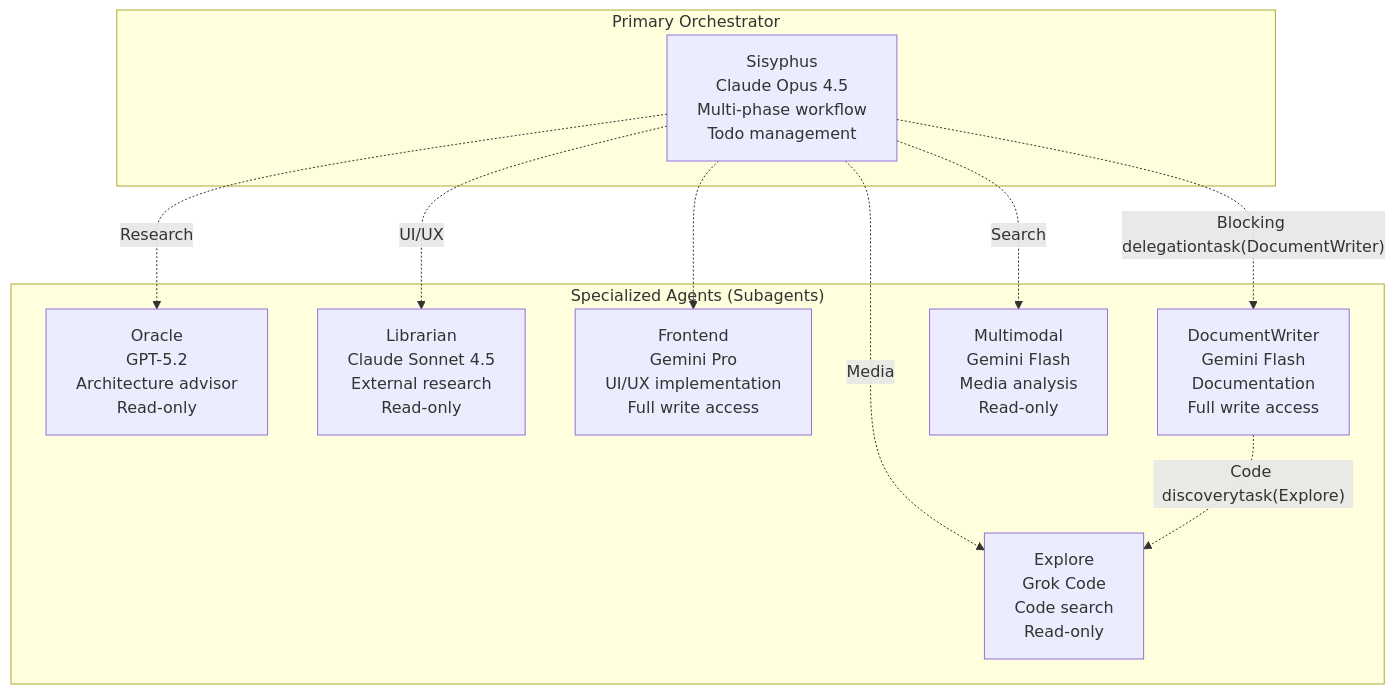
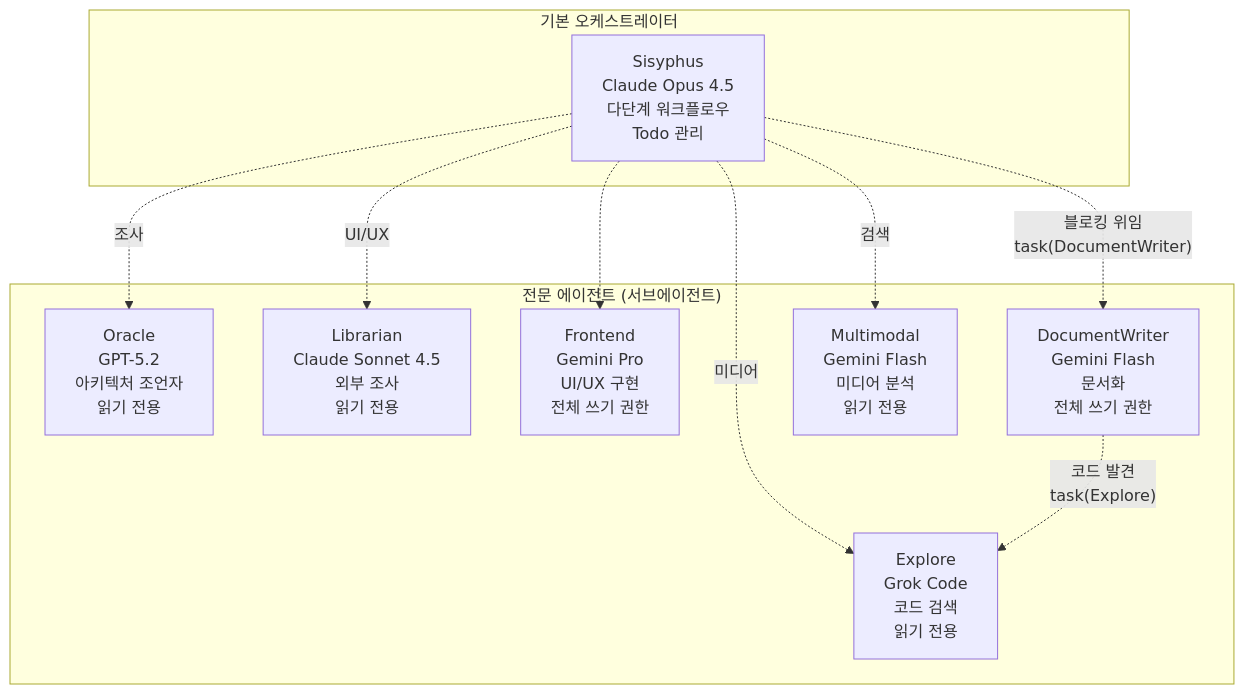
Before and after one commit to felipetruman/oh-my-opencode-docs: the eighth of 8 diagrams in docs/agents/document-writer.md, drawn with Mermaid. The commit also changed other lines of this file and 76 other files, not shown here.

````diff
--- a/docs/agents/document-writer.md
+++ b/docs/agents/document-writer.md
@@ -546,32 +546,32 @@
 ```mermaid
 flowchart TD
 
-Sisyphus["Sisyphus<br>Claude Opus 4.5<br>Multi-phase workflow<br>Todo management"]
-Oracle["Oracle<br>GPT-5.2<br>Architecture advisor<br>Read-only"]
-Librarian["Librarian<br>Claude Sonnet 4.5<br>External research<br>Read-only"]
-Explore["Explore<br>Grok Code<br>Code search<br>Read-only"]
-Frontend["Frontend<br>Gemini Pro<br>UI/UX implementation<br>Full write access"]
-DocWriter["DocumentWriter<br>Gemini Flash<br>Documentation<br>Full write access"]
-Multimodal["Multimodal<br>Gemini Flash<br>Media analysis<br>Read-only"]
+Sisyphus["Sisyphus<br>Claude Opus 4.5<br>다단계 워크플로우<br>Todo 관리"]
+Oracle["Oracle<br>GPT-5.2<br>아키텍처 조언자<br>읽기 전용"]
+Librarian["Librarian<br>Claude Sonnet 4.5<br>외부 조사<br>읽기 전용"]
+Explore["Explore<br>Grok Code<br>코드 검색<br>읽기 전용"]
+Frontend["Frontend<br>Gemini Pro<br>UI/UX 구현<br>전체 쓰기 권한"]
+DocWriter["DocumentWriter<br>Gemini Flash<br>문서화<br>전체 쓰기 권한"]
+Multimodal["Multimodal<br>Gemini Flash<br>미디어 분석<br>읽기 전용"]
 
-Sisyphus -.->|"Blocking delegationtask(DocumentWriter)"| DocWriter
-Sisyphus -.->|"Research"| Oracle
+Sisyphus -.->|"블로킹 위임<br>task(DocumentWriter)"| DocWriter
+Sisyphus -.->|"조사"| Oracle
 Sisyphus -.->|"UI/UX"| Librarian
-Sisyphus -.->|"Media"| Explore
+Sisyphus -.->|"미디어"| Explore
 Sisyphus -.-> Frontend
-Sisyphus -.->|"Search"| Multimodal
+Sisyphus -.->|"검색"| Multimodal
 
-subgraph Specialists ["Specialized Agents (Subagents)"]
+subgraph Specialists ["전문 에이전트 (서브에이전트)"]
     Oracle
     Librarian
     Explore
     Frontend
     DocWriter
     Multimodal
-    DocWriter -.->|"Code discoverytask(Explore)"| Explore
+    DocWriter -.->|"코드 발견<br>task(Explore)"| Explore
 end
 
-subgraph Primary ["Primary Orchestrator"]
+subgraph Primary ["기본 오케스트레이터"]
     Sisyphus
 end
 ```
````
